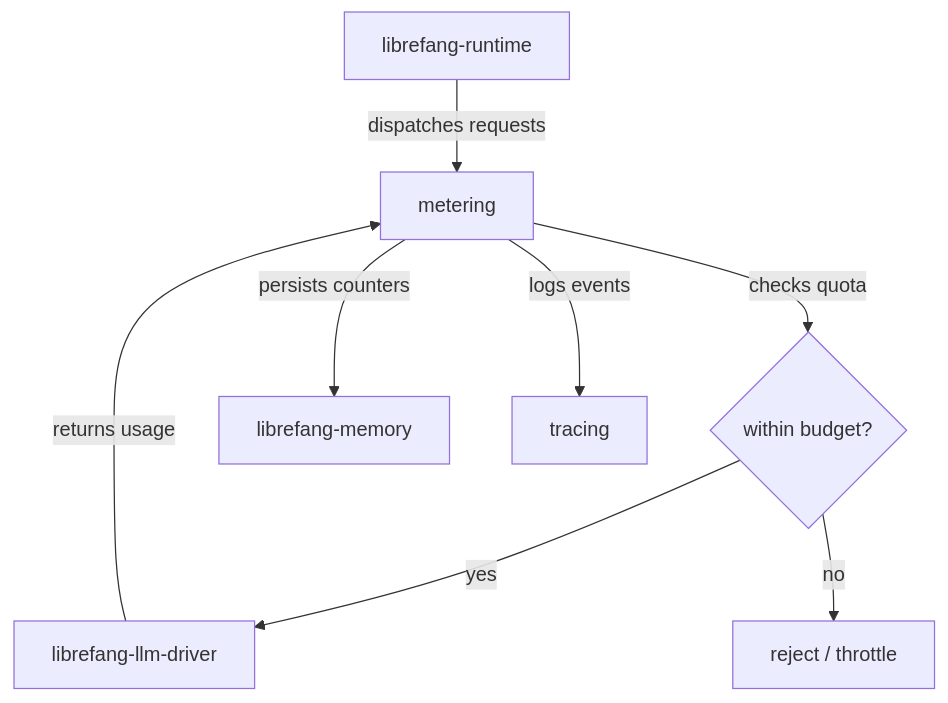
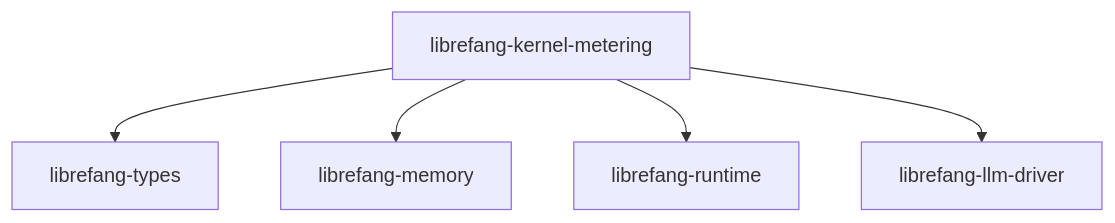
Before and after one commit to leszek3737/librefang-WIki: the diagram in other-librefang-kernel-metering.md, drawn with Mermaid. The commit also changed other lines of this file and 119 other files, not shown here.

````diff
--- a/other-librefang-kernel-metering.md
+++ b/other-librefang-kernel-metering.md
@@ -34,10 +13,7 @@
 ```mermaid
 graph TD
-    RT[librefang-runtime] -->|dispatches requests| M[metering]
-    M -->|checks quota| Q{within budget?}
-    Q -->|yes| LD[librefang-llm-driver]
-    LD -->|returns usage| M
-    M -->|persists counters| MEM[librefang-memory]
-    M -->|logs events| TRACING[tracing]
-    Q -->|no| REJECT[reject / throttle]
+    A[librefang-kernel-metering] --> B[librefang-types]
+    A --> C[librefang-memory]
+    A --> D[librefang-runtime]
+    A --> E[librefang-llm-driver]
 ```
````
